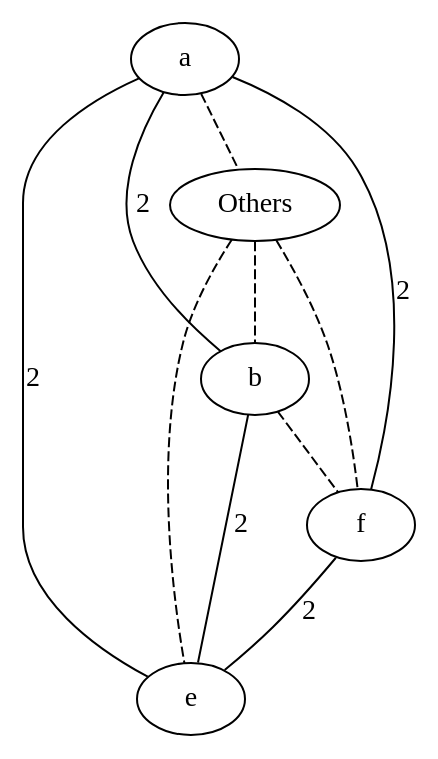
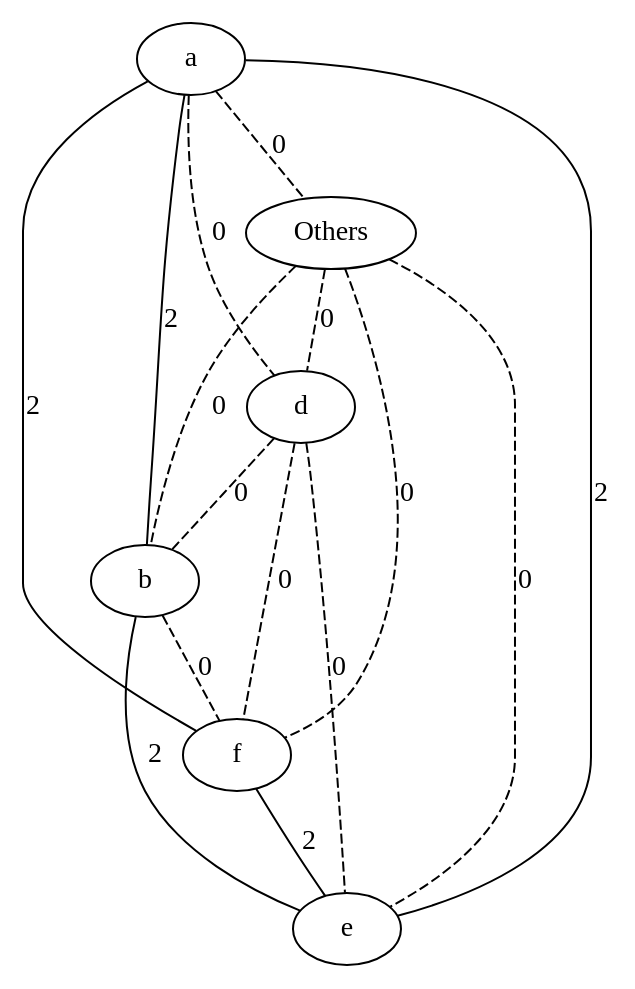
The diagram in src/extension/plainGraph.dot (lrodrin/TFG), drawn with Graphviz before and after one commit. The commit also changed 1 other file, not shown here.

```diff
--- a/src/extension/plainGraph.dot
+++ b/src/extension/plainGraph.dot
@@ -1,17 +1,23 @@
 strict graph "()" {
 a;
 Others;
+d;
 b;
 f;
 e;
-a -- Others  [color=black, style=dashed];
+a -- Others  [color=black, label=0, style=dashed];
+a -- d  [color=black, label=0, style=dashed];
 a -- b  [color=black, label=2, style=solid];
 a -- f  [color=black, label=2, style=solid];
 a -- e  [color=black, label=2, style=solid];
-Others -- b  [color=black, style=dashed];
-Others -- f  [color=black, style=dashed];
-Others -- e  [color=black, style=dashed];
-b -- f  [color=black, style=dashed];
+Others -- d  [color=black, label=0, style=dashed];
+Others -- b  [color=black, label=0, style=dashed];
+Others -- f  [color=black, label=0, style=dashed];
+Others -- e  [color=black, label=0, style=dashed];
+d -- b  [color=black, label=0, style=dashed];
+d -- f  [color=black, label=0, style=dashed];
+d -- e  [color=black, label=0, style=dashed];
+b -- f  [color=black, label=0, style=dashed];
 b -- e  [color=black, label=2, style=solid];
 f -- e  [color=black, label=2, style=solid];
 }
```
